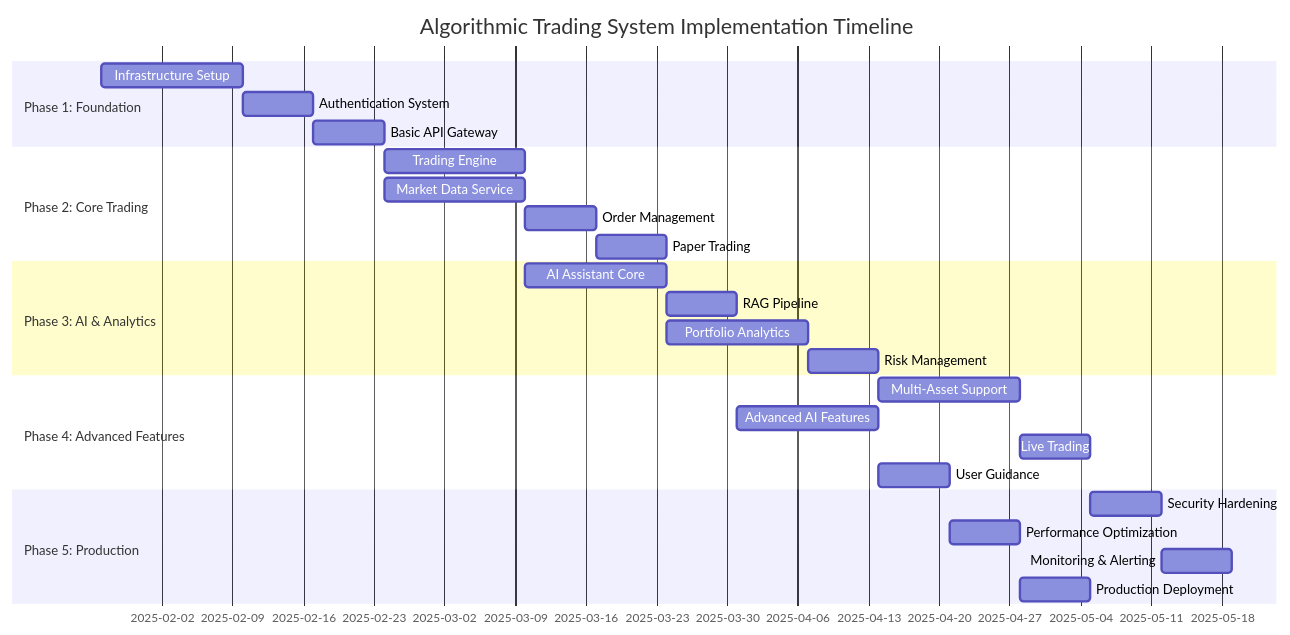
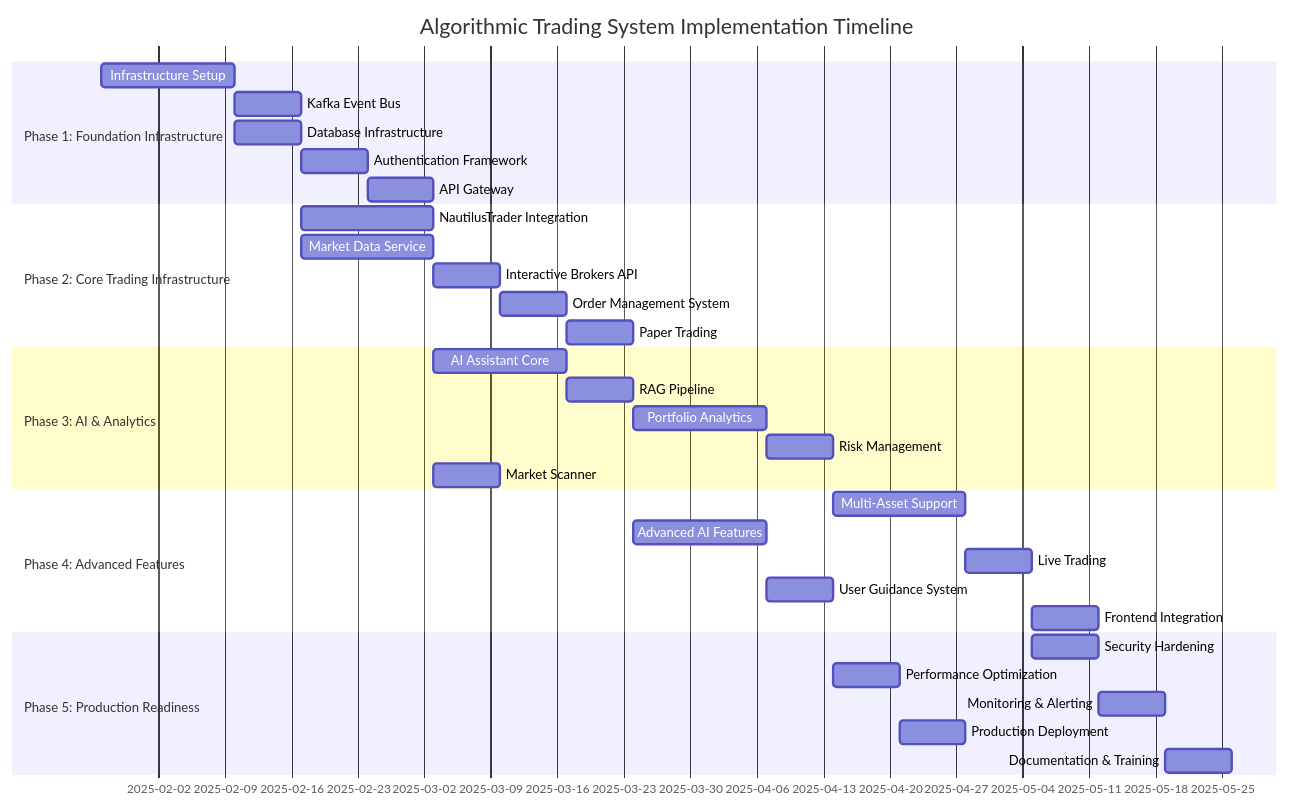
The second of 8 diagrams in specs/algorithmic-trading-system/tasks.md (vincentspereira/RNR-IBKR-Algo-Trader), drawn with Mermaid before and after one commit. The commit also changed other lines of this file and 3 other files, not shown here.

First line of the commit message:
feat: Comprehensive documentation enhancement - Phase 2

````diff
--- a/specs/algorithmic-trading-system/tasks.md
+++ b/specs/algorithmic-trading-system/tasks.md
@@ -10,33 +41,39 @@
 ```mermaid
 gantt
     title Algorithmic Trading System Implementation Timeline
     dateFormat  YYYY-MM-DD
-    section Phase 1: Foundation
-    Infrastructure Setup    :p1-1, 2025-01-27, 2w
-    Authentication System   :p1-2, after p1-1, 1w
-    Basic API Gateway      :p1-3, after p1-2, 1w
+    section Phase 1: Foundation Infrastructure
+    Infrastructure Setup        :p1-1, 2025-01-27, 2w
+    Kafka Event Bus            :p1-2, after p1-1, 1w
+    Database Infrastructure    :p1-3, after p1-1, 1w
+    Authentication Framework   :p1-4, after p1-2, 1w
+    API Gateway               :p1-5, after p1-4, 1w
     
-    section Phase 2: Core Trading
-    Trading Engine         :p2-1, after p1-3, 2w
-    Market Data Service    :p2-2, after p1-3, 2w
-    Order Management       :p2-3, after p2-1, 1w
-    Paper Trading         :p2-4, after p2-3, 1w
+    section Phase 2: Core Trading Infrastructure
+    NautilusTrader Integration :p2-1, after p1-3, 2w
+    Market Data Service       :p2-2, after p1-3, 2w
+    Interactive Brokers API   :p2-3, after p2-1, 1w
+    Order Management System   :p2-4, after p2-3, 1w
+    Paper Trading            :p2-5, after p2-4, 1w
     
     section Phase 3: AI & Analytics
-    AI Assistant Core      :p3-1, after p2-2, 2w
-    RAG Pipeline          :p3-2, after p3-1, 1w
-    Portfolio Analytics    :p3-3, after p2-4, 2w
-    Risk Management       :p3-4, after p3-3, 1w
+    AI Assistant Core        :p3-1, after p2-2, 2w
+    RAG Pipeline            :p3-2, after p3-1, 1w
+    Portfolio Analytics     :p3-3, after p2-5, 2w
+    Risk Management         :p3-4, after p3-3, 1w
+    Market Scanner          :p3-5, after p2-2, 1w
     
     section Phase 4: Advanced Features
-    Multi-Asset Support    :p4-1, after p3-4, 2w
-    Advanced AI Features   :p4-2, after p3-2, 2w
-    Live Trading          :p4-3, after p4-1, 1w
-    User Guidance         :p4-4, after p4-2, 1w
+    Multi-Asset Support     :p4-1, after p3-4, 2w
+    Advanced AI Features    :p4-2, after p3-2, 2w
+    Live Trading           :p4-3, after p4-1, 1w
+    User Guidance System   :p4-4, after p4-2, 1w
+    Frontend Integration   :p4-5, after p4-3, 1w
     
-    section Phase 5: Production
+    section Phase 5: Production Readiness
     Security Hardening     :p5-1, after p4-3, 1w
     Performance Optimization :p5-2, after p4-4, 1w
     Monitoring & Alerting  :p5-3, after p5-1, 1w
     Production Deployment  :p5-4, after p5-2, 1w
+    Documentation & Training :p5-5, after p5-3, 1w
 ```
````
